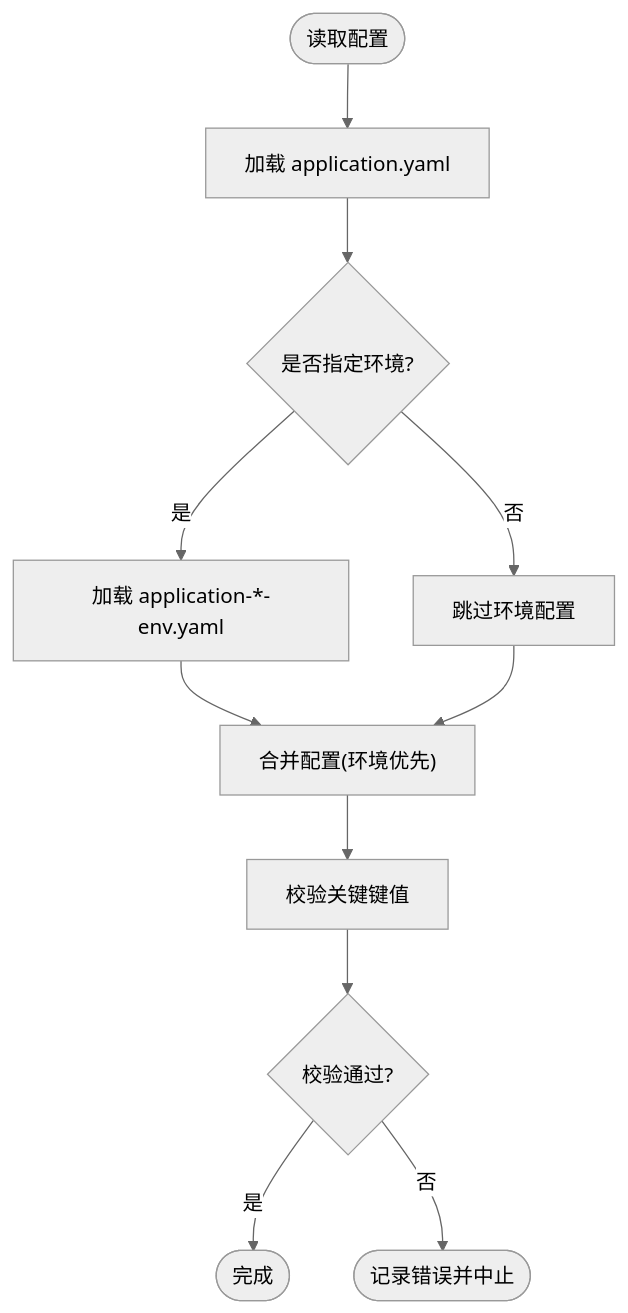
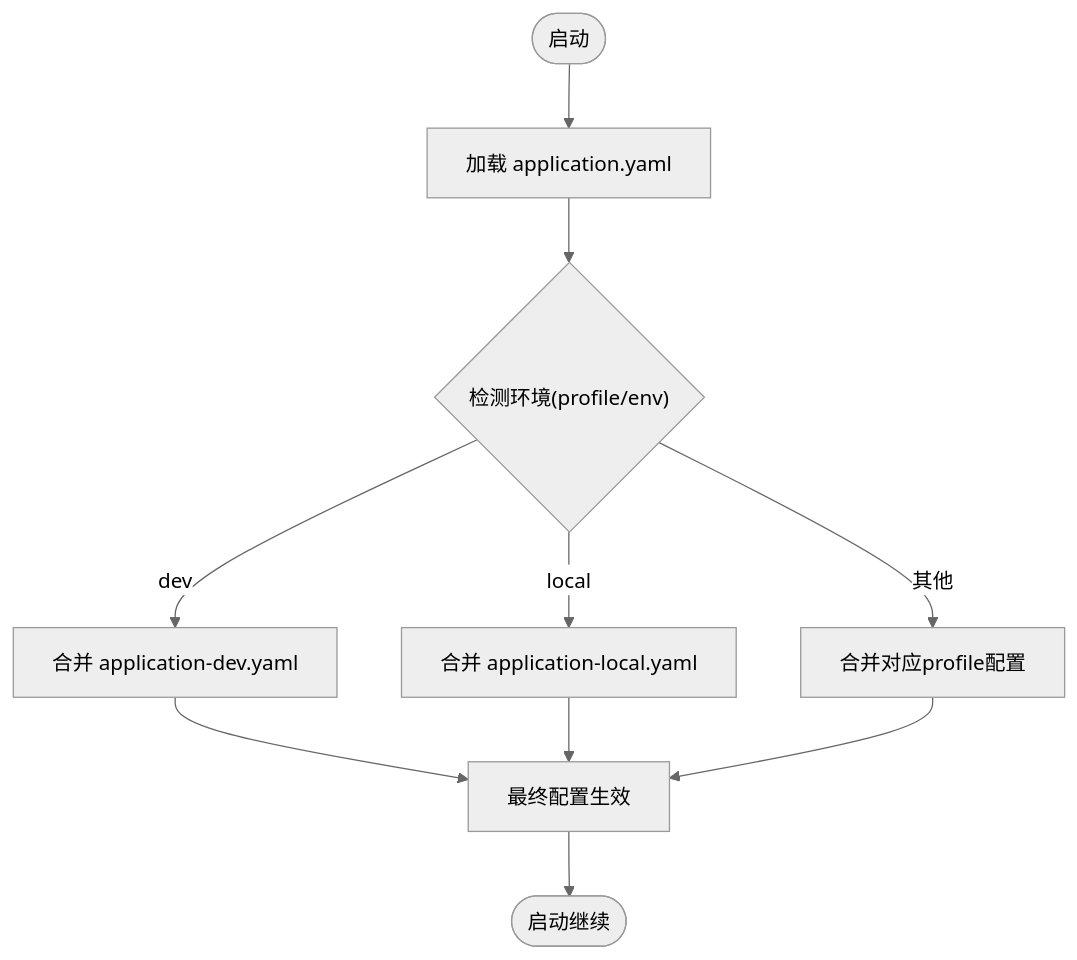
Before and after one commit to xiaoche80s-tech/rouyi-vue-pro: the fourth of 6 diagrams in .qoder/repowiki/zh/content/故障排查/启动问题排查.md, drawn with Mermaid (neutral theme). The commit also changed other lines of this file and 840 other files, not shown here.

````diff
--- a/.qoder/repowiki/zh/content/故障排查/启动问题排查.md
+++ b/.qoder/repowiki/zh/content/故障排查/启动问题排查.md
@@ -138,13 +178,12 @@
 ```mermaid
 flowchart TD
-Start(["读取配置"]) --> LoadMain["加载 application.yaml"]
-LoadMain --> EnvCheck{"是否指定环境?"}
-EnvCheck --> |是| LoadEnv["加载 application-*-env.yaml"]
-EnvCheck --> |否| SkipEnv["跳过环境配置"]
-LoadEnv --> Merge["合并配置(环境优先)"]
-SkipEnv --> Merge
-Merge --> Validate["校验关键键值"]
-Validate --> OK{"校验通过?"}
-OK --> |是| Done(["完成"])
-OK --> |否| Fail(["记录错误并中止"])
+Start(["启动"]) --> LoadBase["加载 application.yaml"]
+LoadBase --> DetectEnv{"检测环境(profile/env)"}
+DetectEnv --> |dev| MergeDev["合并 application-dev.yaml"]
+DetectEnv --> |local| MergeLocal["合并 application-local.yaml"]
+DetectEnv --> |其他| MergeOther["合并对应profile配置"]
+MergeDev --> Finalize["最终配置生效"]
+MergeLocal --> Finalize
+MergeOther --> Finalize
+Finalize --> End(["启动继续"])
 ```
````
